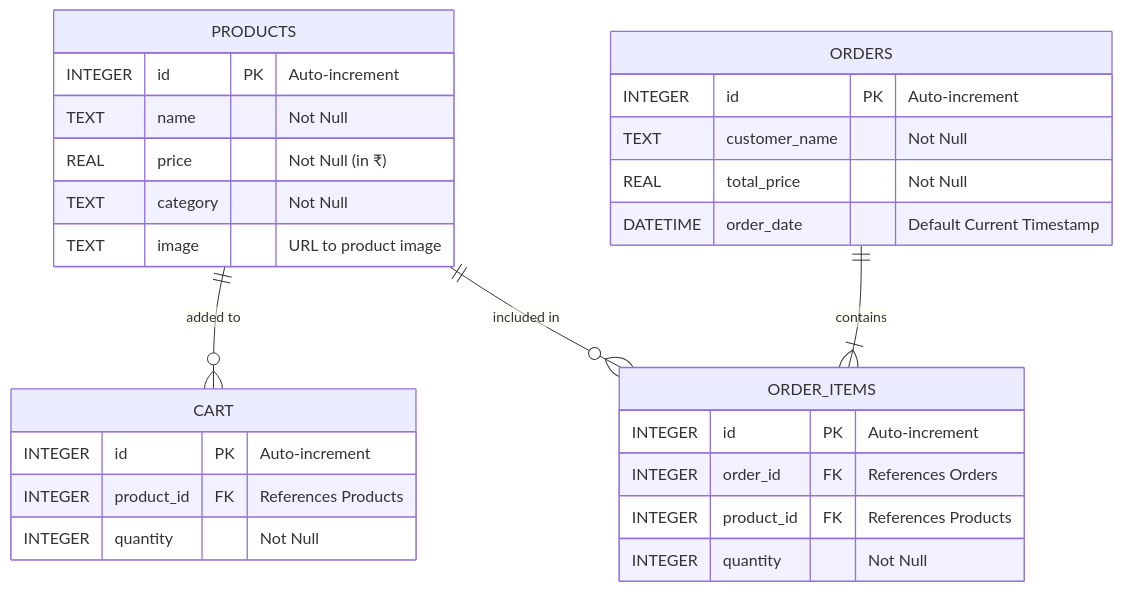
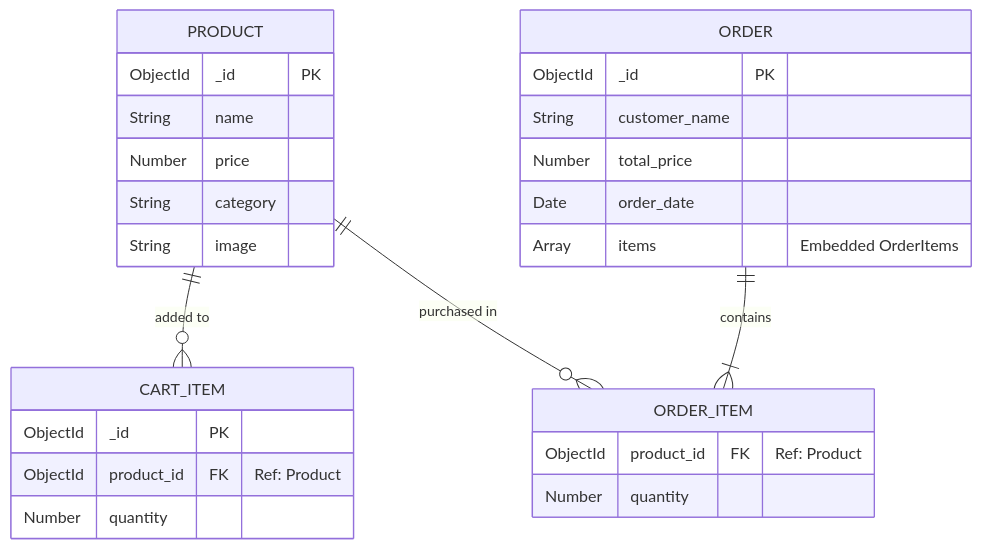
Before and after one commit to Kushal-prime/DBMS-PROJECT: the second of 2 diagrams in README.md, drawn with Mermaid. The commit also changed other lines of this file and 13 other files, not shown here.

````diff
--- a/README.md
+++ b/README.md
@@ -60,34 +46,33 @@
 ```mermaid
 erDiagram
-    PRODUCTS ||--o{ CART : "added to"
-    PRODUCTS ||--o{ ORDER_ITEMS : "included in"
-    ORDERS ||--|{ ORDER_ITEMS : "contains"
+    PRODUCT ||--o{ CART_ITEM : "added to"
+    PRODUCT ||--o{ ORDER_ITEM : "purchased in"
+    ORDER ||--|{ ORDER_ITEM : "contains"
 
-    PRODUCTS {
-        INTEGER id PK "Auto-increment"
-        TEXT name "Not Null"
-        REAL price "Not Null (in ₹)"
-        TEXT category "Not Null"
-        TEXT image "URL to product image"
+    PRODUCT {
+        ObjectId _id PK
+        String name
+        Number price
+        String category
+        String image
     }
 
-    CART {
-        INTEGER id PK "Auto-increment"
-        INTEGER product_id FK "References Products"
-        INTEGER quantity "Not Null"
+    CART_ITEM {
+        ObjectId _id PK
+        ObjectId product_id FK "Ref: Product"
+        Number quantity
     }
 
-    ORDERS {
-        INTEGER id PK "Auto-increment"
-        TEXT customer_name "Not Null"
-        REAL total_price "Not Null"
-        DATETIME order_date "Default Current Timestamp"
+    ORDER {
+        ObjectId _id PK
+        String customer_name
+        Number total_price
+        Date order_date
+        Array items "Embedded OrderItems"
     }
 
-    ORDER_ITEMS {
-        INTEGER id PK "Auto-increment"
-        INTEGER order_id FK "References Orders"
-        INTEGER product_id FK "References Products"
-        INTEGER quantity "Not Null"
+    ORDER_ITEM {
+        ObjectId product_id FK "Ref: Product"
+        Number quantity
     }
 ```
````
